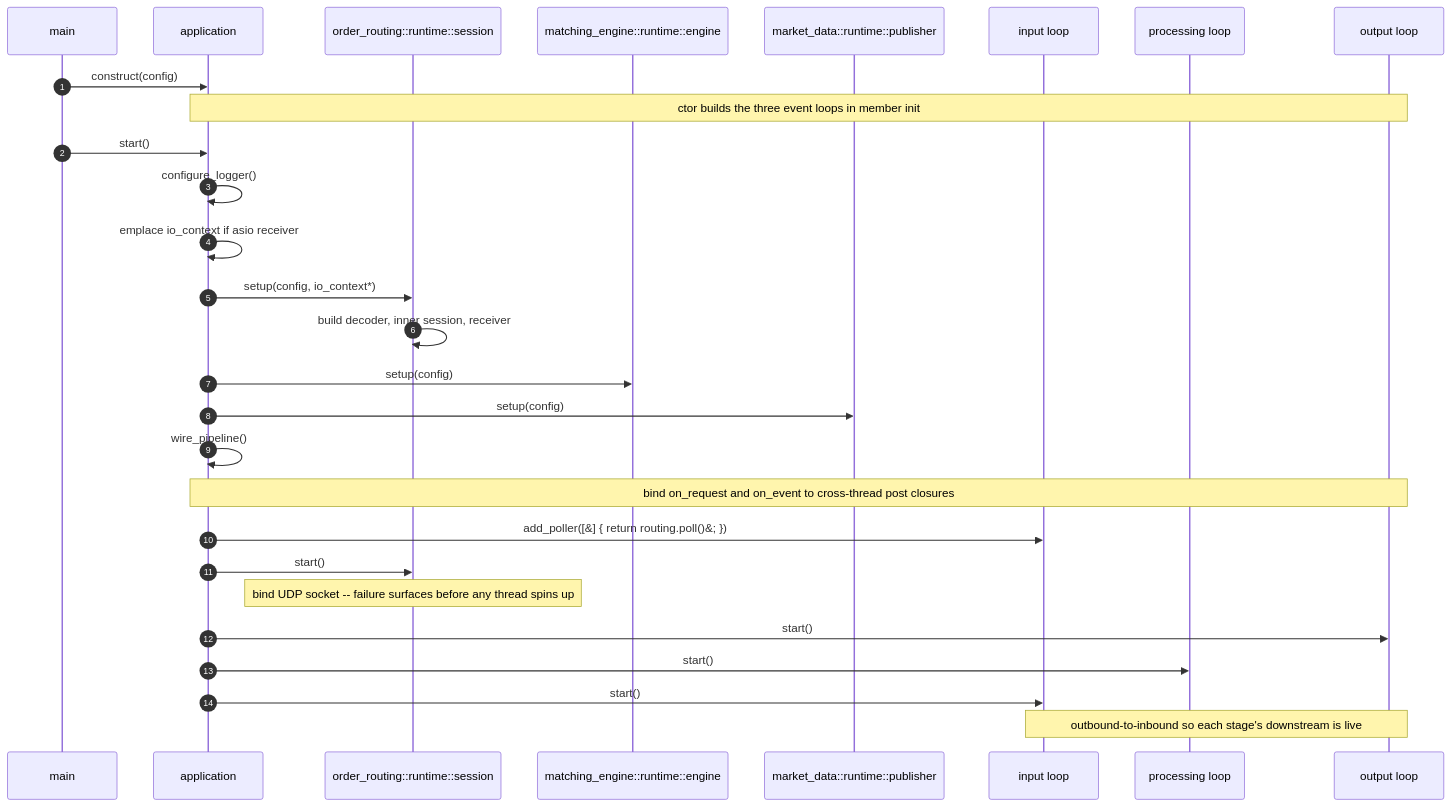
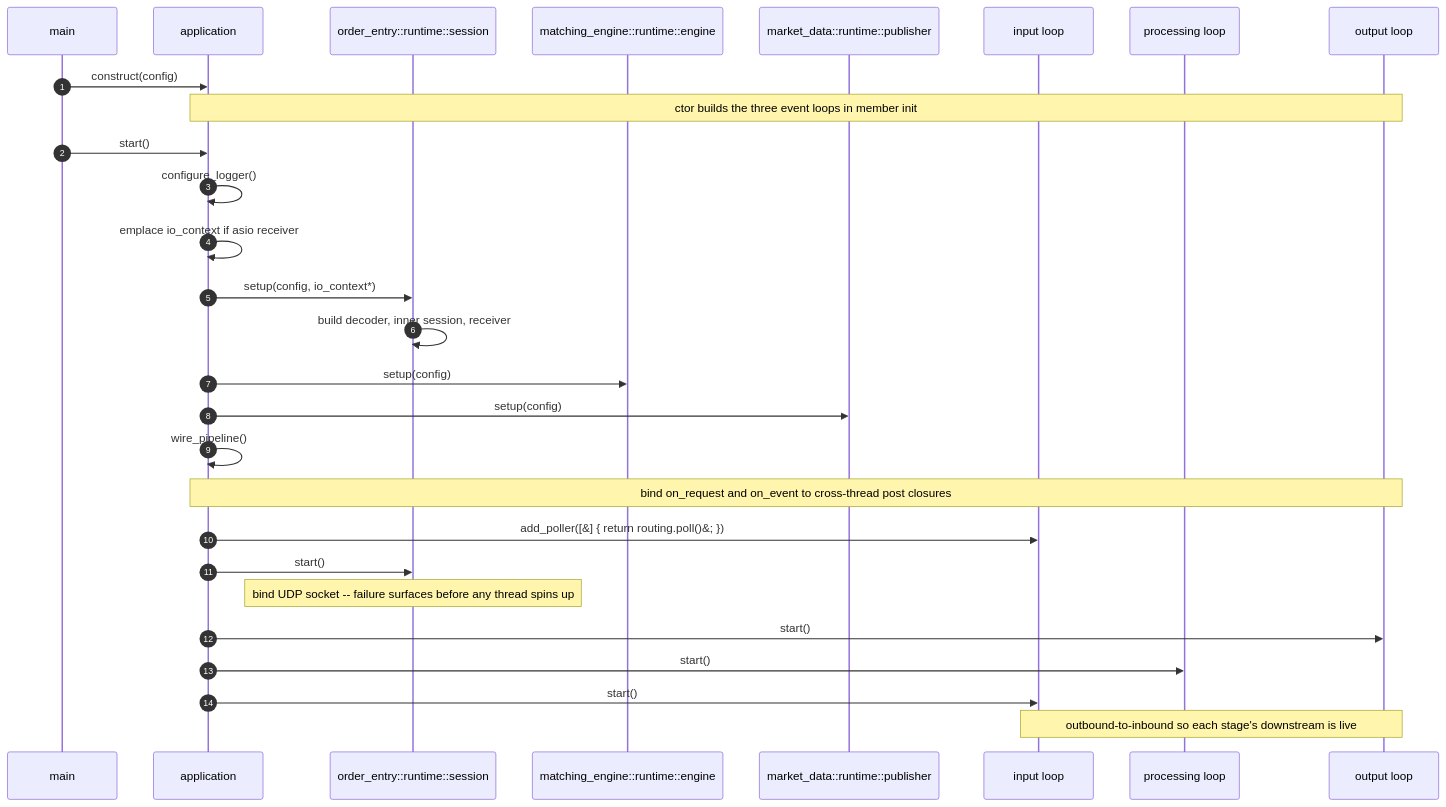
One commit to indiosmo/cpp-demo-build changed the second of 2 diagrams in docs/runtime-startup.md. Above: the diagram before and after it, drawn with Mermaid. The commit also changed other lines of this file and 104 other files, not shown here.

````diff
--- a/docs/runtime-startup.md
+++ b/docs/runtime-startup.md
@@ -82,37 +82,37 @@
 ```mermaid
 sequenceDiagram
   autonumber
   participant main
   participant app as application
-  participant routing as order_routing::runtime::session
+  participant routing as order_entry::runtime::session
   participant engine as matching_engine::runtime::engine
   participant publisher as market_data::runtime::publisher
   participant input as input loop
   participant processing as processing loop
   participant output as output loop
 
   main->>app: construct(config)
   Note over app,output: ctor builds the three event loops in member init
 
   main->>app: start()
   app->>app: configure_logger()
   app->>app: emplace io_context if asio receiver
 
   app->>routing: setup(config, io_context*)
   routing->>routing: build decoder, inner session, receiver
 
   app->>engine: setup(config)
   app->>publisher: setup(config)
 
   app->>app: wire_pipeline()
   Note over app,output: bind on_request and on_event to cross-thread post closures
   app->>input: add_poller([&] { return routing.poll()&#59; })
 
   app->>routing: start()
   Note over routing: bind UDP socket -- failure surfaces before any thread spins up
 
   app->>output: start()
   app->>processing: start()
   app->>input: start()
   Note over output,input: outbound-to-inbound so each stage's downstream is live
 ```
````
